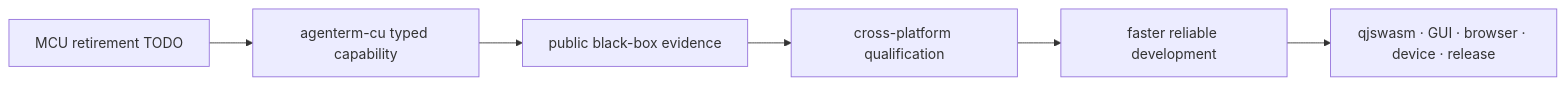
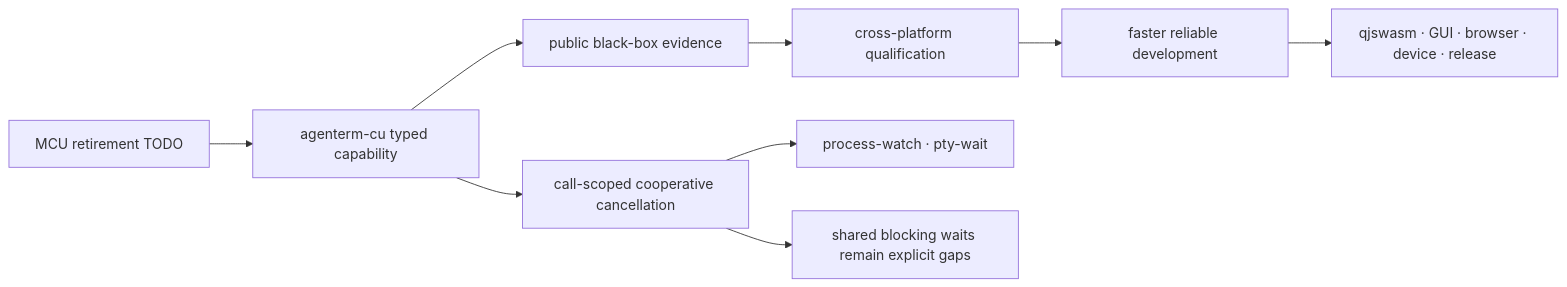
The first of 24 diagrams in prd/PRD_02_28_agenterm_cu.md (partnernetsoftware/agenterm), drawn with Mermaid before and after one commit. The commit also changed other lines of this file and 2 other files, not shown here.

Commit message:
feat(cu): observe cancellation between PTY wait rounds

````diff
--- a/prd/PRD_02_28_agenterm_cu.md
+++ b/prd/PRD_02_28_agenterm_cu.md
@@ -39,8 +39,11 @@
 ```mermaid
 flowchart LR
   A["agenterm-cu typed capability"] --> E["public black-box evidence"]
   E --> Q["cross-platform qualification"]
   Q --> D["faster reliable development"]
   D --> N["qjswasm · GUI · browser · device · release"]
   T["MCU retirement TODO"] --> A
+  A --> C["call-scoped cooperative cancellation"]
+  C --> W["process-watch · pty-wait"]
+  C --> B["shared blocking waits remain explicit gaps"]
 ```
````
